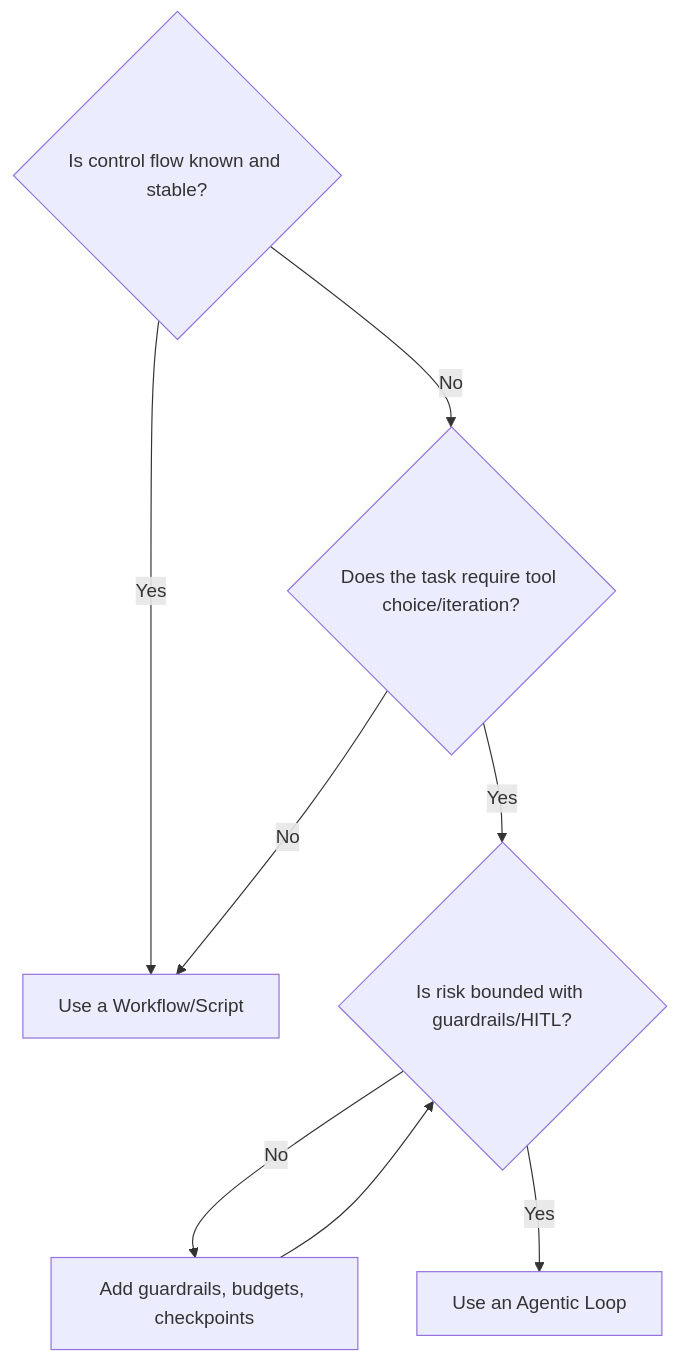
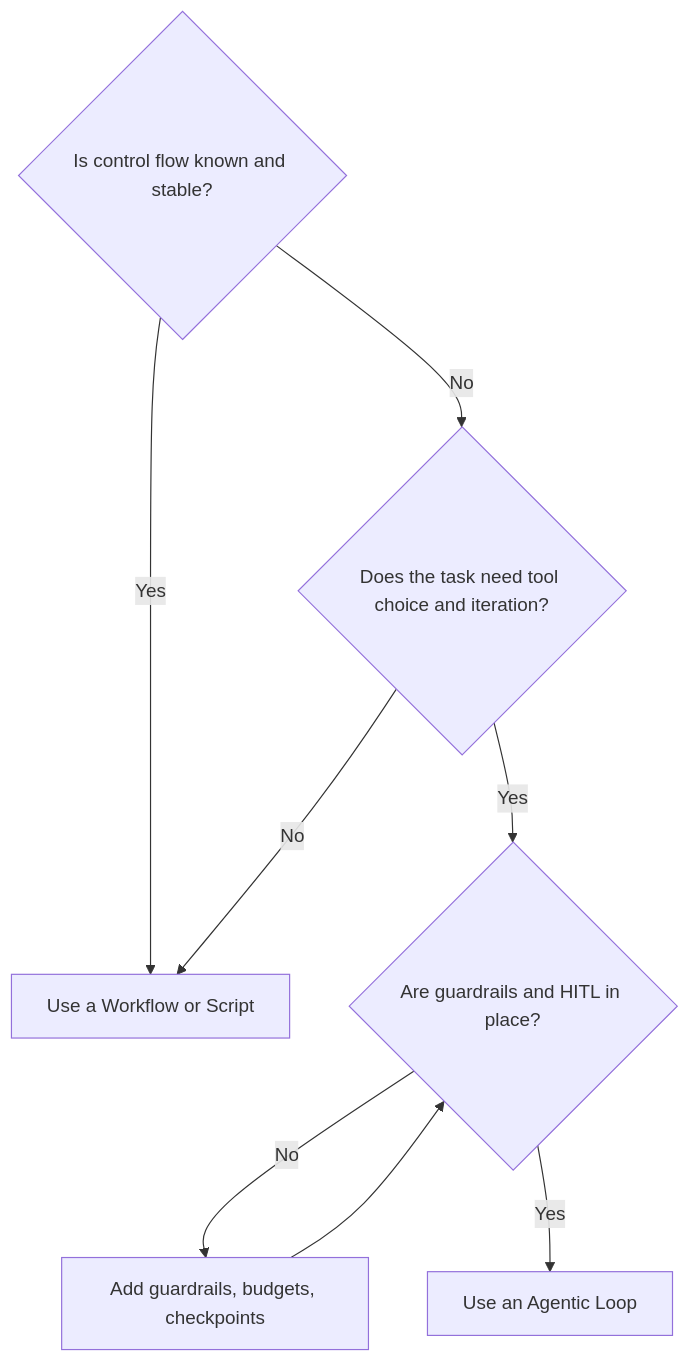
One commit to jsmoelling/AgenticAI changed the eighth of 9 diagrams in Agents_Visualization.md. Above: the diagram before and after it, drawn with Mermaid. The commit also changed other lines of this file, not shown here.

````diff
--- a/Agents_Visualization.md
+++ b/Agents_Visualization.md
@@ -185,11 +193,11 @@
 ```mermaid
 flowchart TB
   Q{Is control flow known and stable?}
-  Q -->|Yes| WF[Use a Workflow/Script]
-  Q -->|No| Q2{Does the task require tool choice/iteration?}
+  Q -->|Yes| WF[Use a Workflow or Script]
+  Q -->|No| Q2{Does the task need tool choice and iteration?}
   Q2 -->|No| WF
-  Q2 -->|Yes| Q3{Is risk bounded with guardrails/HITL?}
+  Q2 -->|Yes| Q3{Are guardrails and HITL in place?}
   Q3 -->|No| PREP[Add guardrails, budgets, checkpoints]
   PREP --> Q3
   Q3 -->|Yes| AGT[Use an Agentic Loop]
 ```
````
